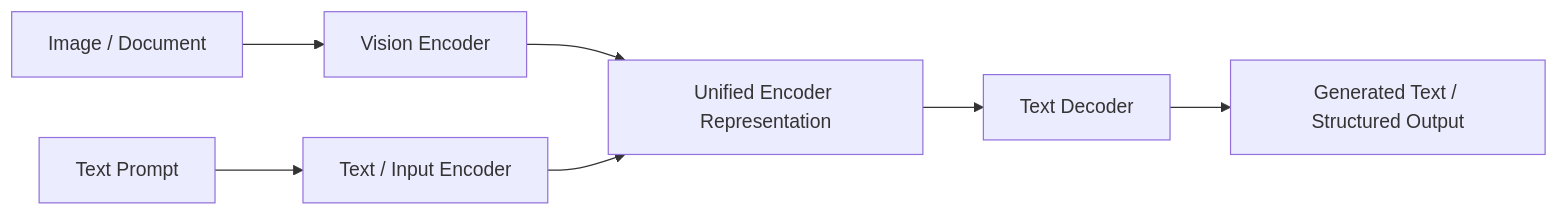
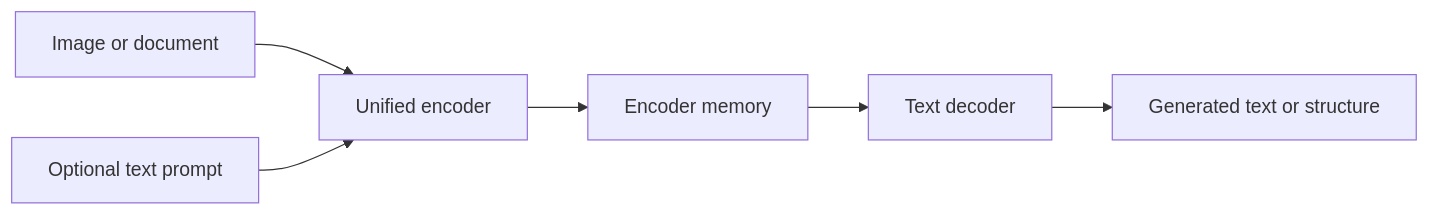
The fifth of 5 diagrams in docs/multimodal/vlm_architectures_and_basics.md (b-io/vlm-inference-lab), drawn with Mermaid before and after one commit. The commit also changed other lines of this file and 6 other files, not shown here.

First line of the commit message:
docs: update VLM architectures, knowledge distillation, and fix LaTeX rendering

````diff
--- a/docs/multimodal/vlm_architectures_and_basics.md
+++ b/docs/multimodal/vlm_architectures_and_basics.md
@@ -324,9 +344,8 @@
 ```mermaid
 flowchart LR
-    I[Image / Document] --> VE[Vision Encoder]
-    T[Text Prompt] --> TE[Text / Input Encoder]
-    VE --> ENC[Unified Encoder Representation]
-    TE --> ENC
-    ENC --> DEC[Text Decoder]
-    DEC --> OUT[Generated Text / Structured Output]
+    I[Image or document] --> ENC[Unified encoder]
+    T[Optional text prompt] --> ENC
+    ENC --> MEM[Encoder memory]
+    MEM --> DEC[Text decoder]
+    DEC --> OUT[Generated text or structure]
 ```
````
